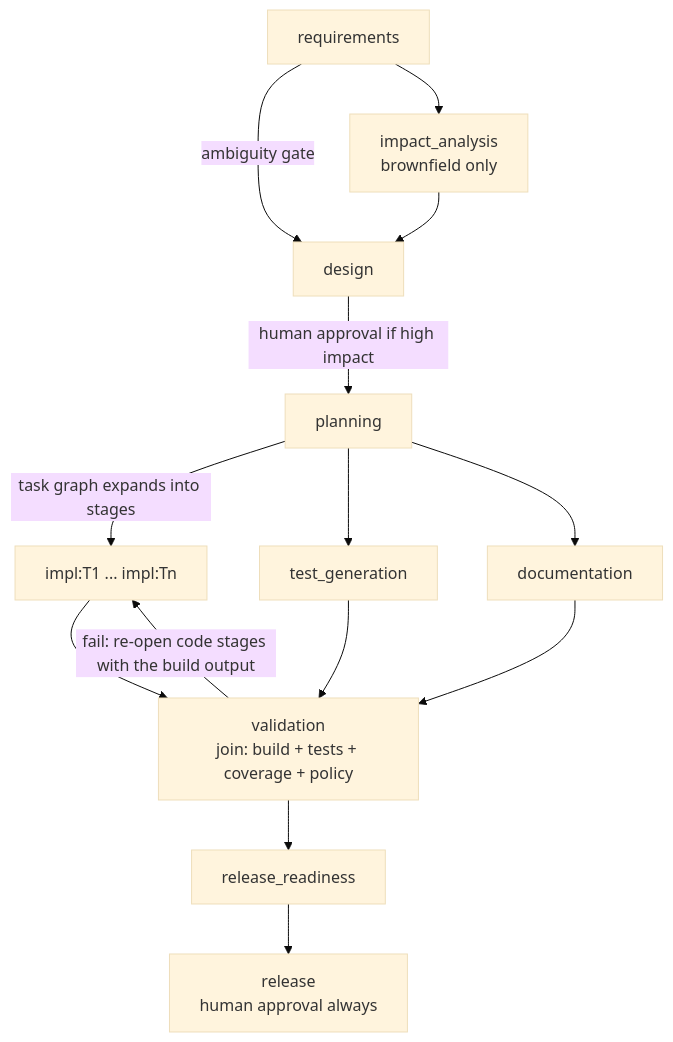
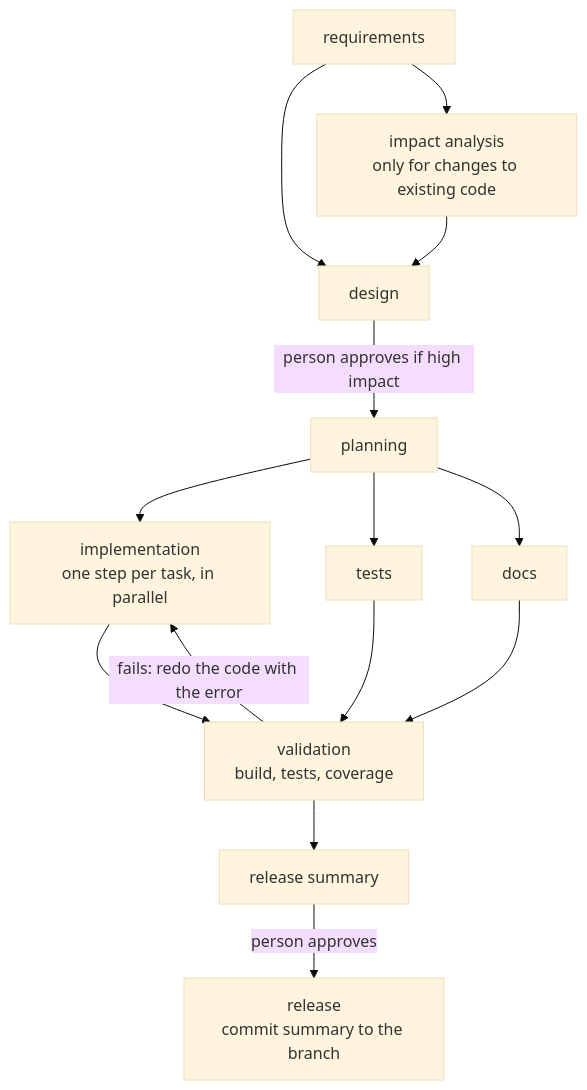
The second of 2 diagrams in docs/ARCHITECTURE.md (dhanush-reddy-gurubilli/agentic-url-shortener), drawn with Mermaid (base theme) before and after one commit. The commit also changed other lines of this file and 2 other files, not shown here.

````diff
--- a/docs/ARCHITECTURE.md
+++ b/docs/ARCHITECTURE.md
@@ -48,16 +35,16 @@
 ```mermaid
 flowchart TD
-    R[requirements] -->|ambiguity gate| D
-    R --> IA[impact_analysis<br/>brownfield only]
-    IA --> D[design]
-    D -->|human approval if high impact| P[planning]
-    P -->|task graph expands into stages| I[impl:T1 ... impl:Tn]
-    P --> T[test_generation]
-    P --> DOC[documentation]
-    I --> V[validation<br/>join: build + tests + coverage + policy]
+    R[requirements] --> D[design]
+    R --> IA[impact analysis<br/>only for changes to existing code]
+    IA --> D
+    D -->|person approves if high impact| P[planning]
+    P --> I[implementation<br/>one step per task, in parallel]
+    P --> T[tests]
+    P --> DOC[docs]
+    I --> V[validation<br/>build, tests, coverage]
     T --> V
     DOC --> V
-    V -->|fail: re-open code stages with the build output| I
-    V --> RR[release_readiness]
-    RR --> REL[release<br/>human approval always]
+    V -->|fails: redo the code with the error| I
+    V --> RR[release summary]
+    RR -->|person approves| REL[release<br/>commit summary to the branch]
 ```
````
